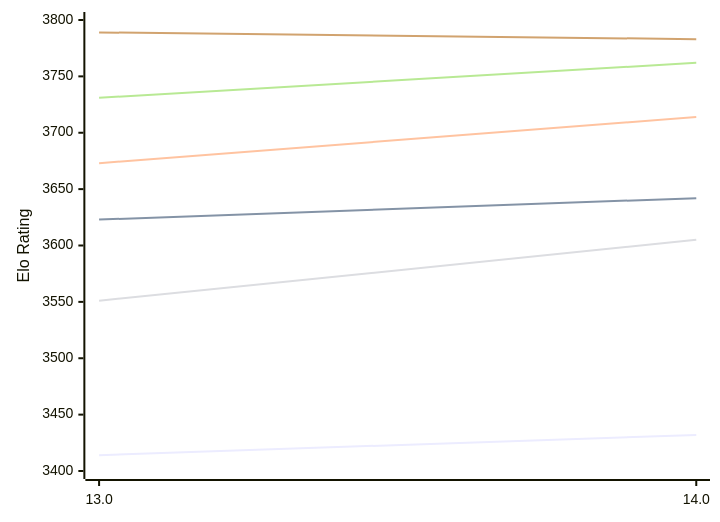
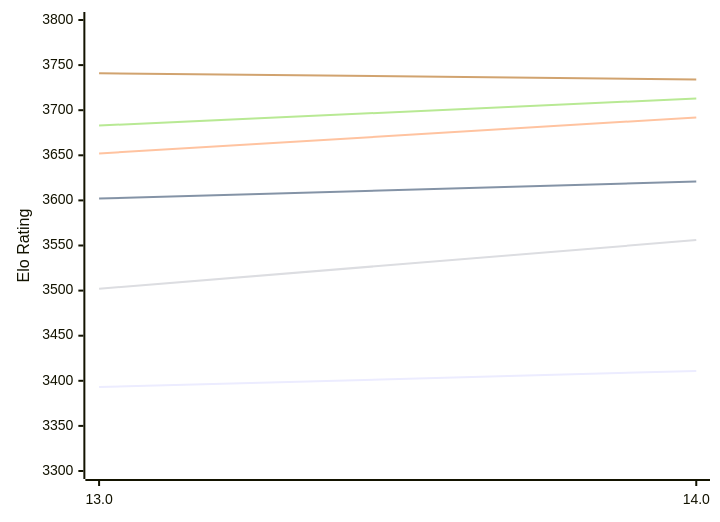
The first of 2 diagrams in engines/Tcheran.md (computer-chess-index/cci), drawn with Mermaid before and after one commit. The commit also changed other lines of this file, not shown here.

Commit message:
Update CCI Ratings (ELO VLTC) - 2026-11-08

````diff
--- a/engines/Tcheran.md
+++ b/engines/Tcheran.md
@@ -55,12 +55,12 @@
 ```mermaid
 %%{init: {"theme":"base","themeVariables":{"seriesColors:['#a3a3a3','#222221','#faa371']}}}%%
 xychart-beta
   x-axis ["13.0", "14.0"]
-  y-axis "Elo Rating" 3400 --> 3800
-  line "E1: STC (8.0+0.08s)" [3414, 3432]
-  line "E1: LTC (60.0+0.60s)" [3623, 3642]
-  line "E1: VLTC (2m24s+1.12s)" [3673, 3714]
-  line "P1: STC (8.0+0.08s)" [3551, 3605]
-  line "P1: LTC (60.0+0.60s)" [3731, 3762]
-  line "P1: VLTC (2m24s+1.12s)" [3789, 3783]
+  y-axis "Elo Rating" 3300 --> 3800
+  line "E1: STC (8.0+0.08s)" [3393, 3411]
+  line "E1: LTC (60.0+0.60s)" [3602, 3621]
+  line "E1: VLTC (2m24s+1.12s)" [3652, 3692]
+  line "P1: STC (8.0+0.08s)" [3502, 3556]
+  line "P1: LTC (60.0+0.60s)" [3683, 3713]
+  line "P1: VLTC (2m24s+1.12s)" [3741, 3734]
 ```
````
